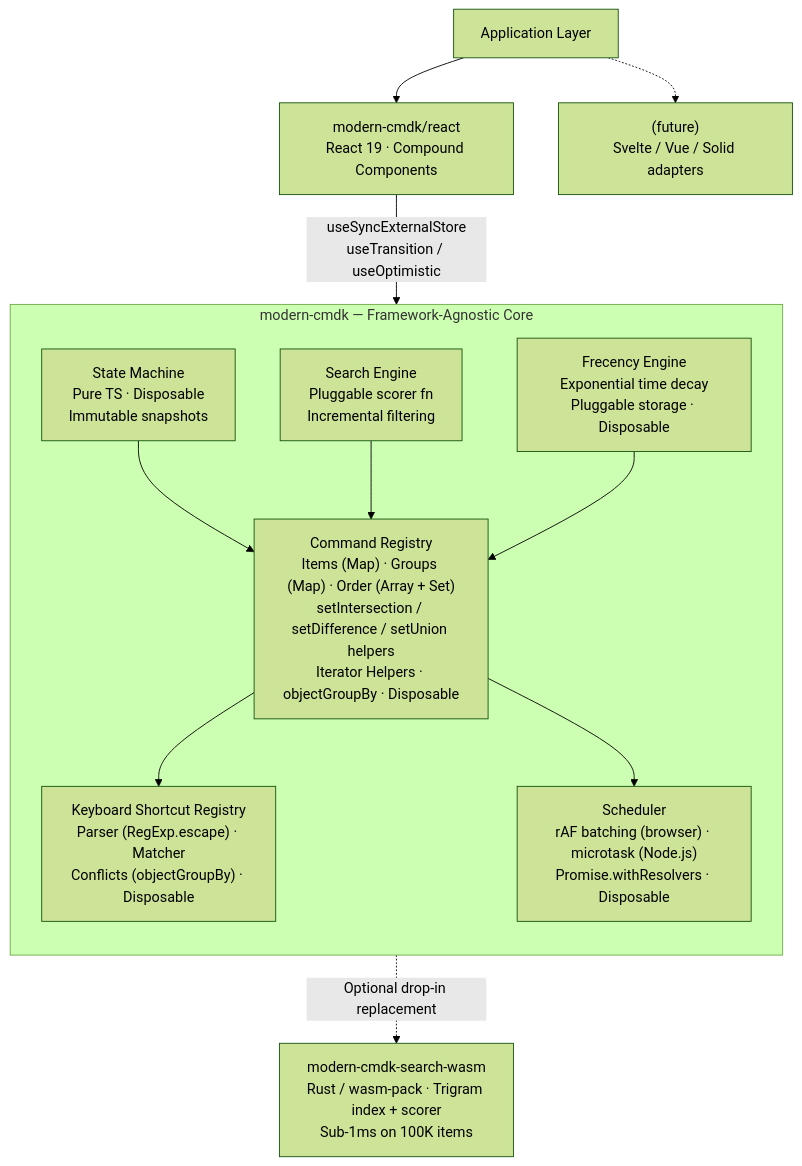
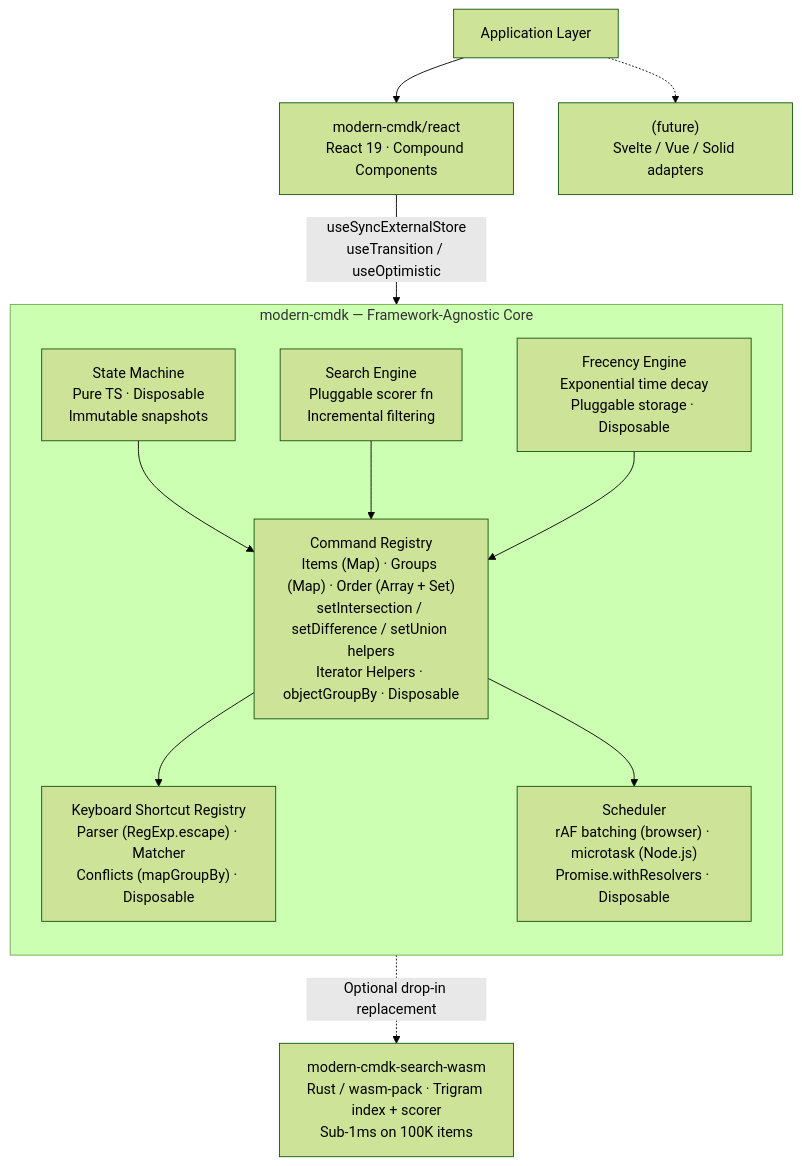
The first of 5 diagrams in ARCHITECTURE.md (ABCrimson/modern-cmdk), drawn with Mermaid (forest theme) before and after one commit. The commit also changed other lines of this file and 19 other files, not shown here.

````diff
--- a/ARCHITECTURE.md
+++ b/ARCHITECTURE.md
@@ -43,29 +43,29 @@
 ```mermaid
 flowchart TB
     App["Application Layer"]
 
     React["modern-cmdk/react<br/>React 19 · Compound Components"]
     Future["(future)<br/>Svelte / Vue / Solid adapters"]
 
     subgraph core ["modern-cmdk — Framework-Agnostic Core"]
         direction TB
         SM["State Machine<br/>Pure TS · Disposable<br/>Immutable snapshots"]
         SE["Search Engine<br/>Pluggable scorer fn<br/>Incremental filtering"]
         FE["Frecency Engine<br/>Exponential time decay<br/>Pluggable storage · Disposable"]
         REG["Command Registry<br/>Items (Map) · Groups (Map) · Order (Array + Set)<br/>setIntersection / setDifference / setUnion helpers<br/>Iterator Helpers · objectGroupBy · Disposable"]
-        KB["Keyboard Shortcut Registry<br/>Parser (RegExp.escape) · Matcher<br/>Conflicts (objectGroupBy) · Disposable"]
+        KB["Keyboard Shortcut Registry<br/>Parser (RegExp.escape) · Matcher<br/>Conflicts (mapGroupBy) · Disposable"]
         SCH["Scheduler<br/>rAF batching (browser) · microtask (Node.js)<br/>Promise.withResolvers · Disposable"]
         SM --> REG
         SE --> REG
         FE --> REG
         REG --> KB
         REG --> SCH
     end
 
     WASM["modern-cmdk-search-wasm<br/>Rust / wasm-pack · Trigram index + scorer<br/>Sub-1ms on 100K items"]
 
     App --> React
     App -.-> Future
     React -->|"useSyncExternalStore<br/>useTransition / useOptimistic"| core
     core -.->|"Optional drop-in replacement"| WASM
 ```
````
